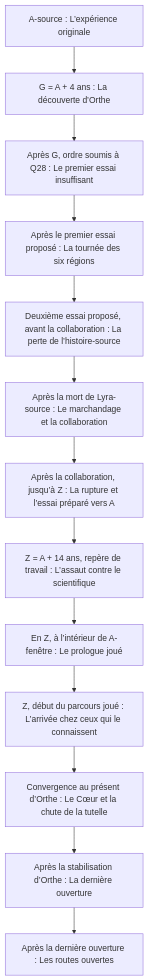
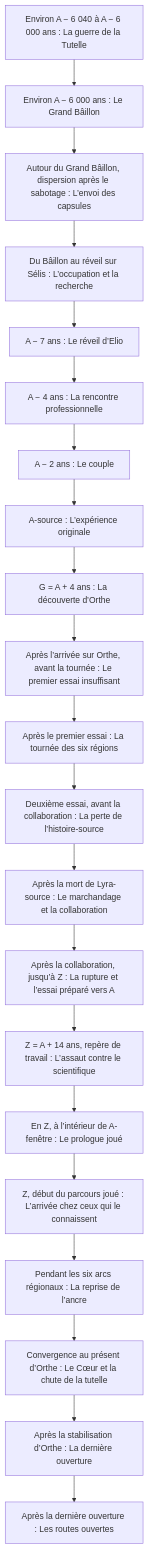
One commit to Kichnifou/GachaImpact changed the diagram in docs/Story/lecture/04_CHRONOLOGIE.md. Above: the diagram before and after it, drawn with Mermaid. The commit also changed other lines of this file and 7 other files, not shown here.

````diff
--- a/docs/Story/lecture/04_CHRONOLOGIE.md
+++ b/docs/Story/lecture/04_CHRONOLOGIE.md
@@ -8,28 +8,44 @@
 ```mermaid
 flowchart TD
-  E0["A-source : L’expérience originale"]
-  E1["G = A + 4 ans : La découverte d’Orthe"]
-  E2["Après G, ordre soumis à Q28 : Le premier essai insuffisant"]
-  E3["Après le premier essai proposé : La tournée des six régions"]
-  E4["Deuxième essai proposé, avant la collaboration : La perte de l’histoire-source"]
-  E5["Après la mort de Lyra-source : Le marchandage et la collaboration"]
-  E6["Après la collaboration, jusqu’à Z : La rupture et l’essai préparé vers A"]
-  E7["Z = A + 14 ans, repère de travail : L’assaut contre le scientifique"]
-  E8["En Z, à l’intérieur de A-fenêtre : Le prologue joué"]
-  E9["Z, début du parcours joué : L’arrivée chez ceux qui le connaissent"]
-  E10["Convergence au présent d’Orthe : Le Cœur et la chute de la tutelle"]
-  E11["Après la stabilisation d’Orthe : La dernière ouverture"]
-  E12["Après la dernière ouverture : Les routes ouvertes"]
+  E0["Environ A − 6 040 à A − 6 000 ans : La guerre de la Tutelle"]
+  E1["Environ A − 6 000 ans : Le Grand Bâillon"]
+  E2["Autour du Grand Bâillon, dispersion après le sabotage : L’envoi des capsules"]
+  E3["Du Bâillon au réveil sur Sélis : L’occupation et la recherche"]
+  E4["A − 7 ans : Le réveil d’Elio"]
+  E5["A − 4 ans : La rencontre professionnelle"]
+  E6["A − 2 ans : Le couple"]
+  E7["A-source : L’expérience originale"]
+  E8["G = A + 4 ans : La découverte d’Orthe"]
+  E9["Après l’arrivée sur Orthe, avant la tournée : Le premier essai insuffisant"]
+  E10["Après le premier essai : La tournée des six régions"]
+  E11["Deuxième essai, avant la collaboration : La perte de l’histoire-source"]
+  E12["Après la mort de Lyra-source : Le marchandage et la collaboration"]
+  E13["Après la collaboration, jusqu’à Z : La rupture et l’essai préparé vers A"]
+  E14["Z = A + 14 ans, repère de travail : L’assaut contre le scientifique"]
+  E15["En Z, à l’intérieur de A-fenêtre : Le prologue joué"]
+  E16["Z, début du parcours joué : L’arrivée chez ceux qui le connaissent"]
+  E17["Pendant les six arcs régionaux : La reprise de l’ancre"]
+  E18["Convergence au présent d’Orthe : Le Cœur et la chute de la tutelle"]
+  E19["Après la stabilisation d’Orthe : La dernière ouverture"]
+  E20["Après la dernière ouverture : Les routes ouvertes"]
   E0 --> E1
   E1 --> E2
   E2 --> E3
   E3 --> E4
   E4 --> E5
   E5 --> E6
   E6 --> E7
   E7 --> E8
   E8 --> E9
   E9 --> E10
   E10 --> E11
   E11 --> E12
+  E12 --> E13
+  E13 --> E14
+  E14 --> E15
+  E15 --> E16
+  E16 --> E17
+  E17 --> E18
+  E18 --> E19
+  E19 --> E20
 ```
````
